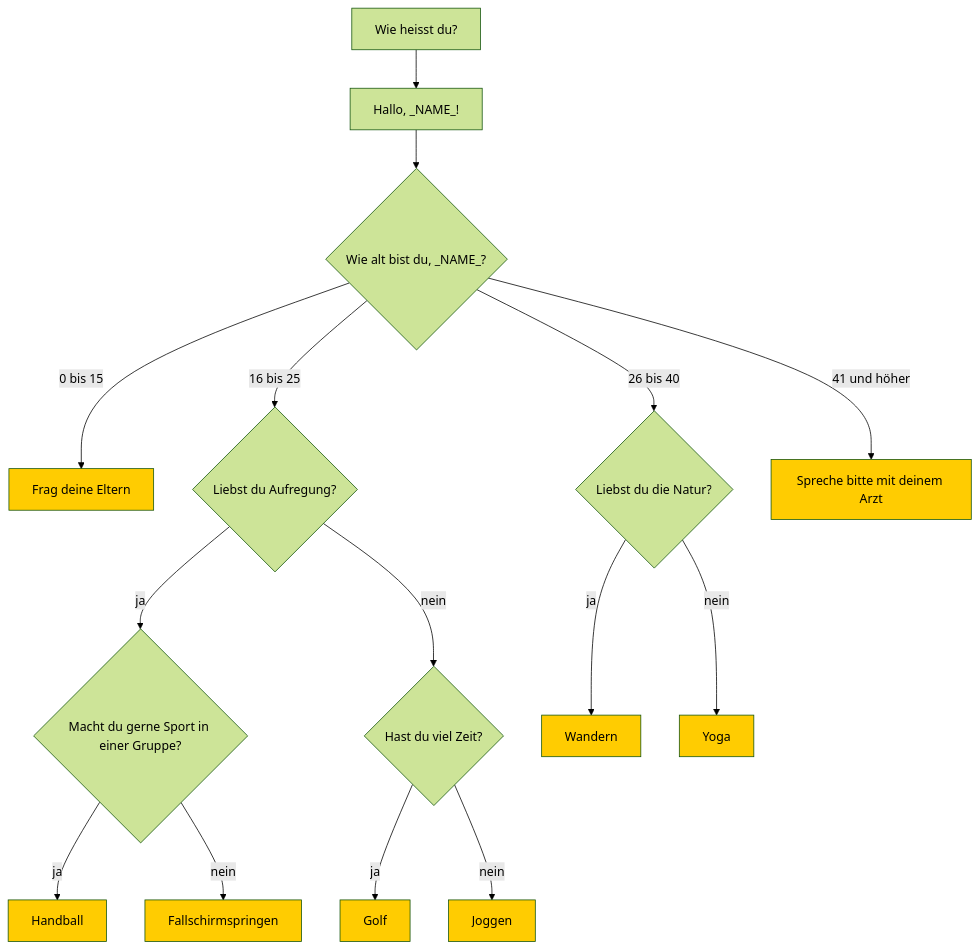
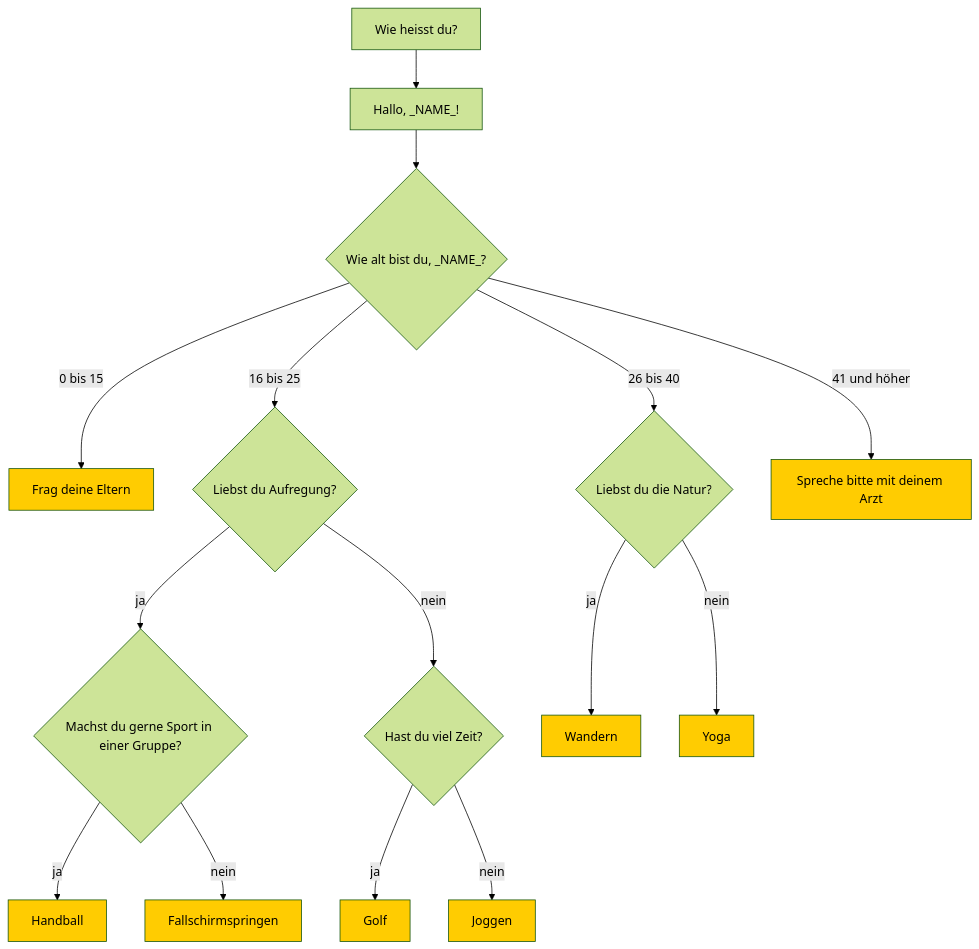
The diagram in submissions/bht_pr1_submission_02/README.md (JaL11/pr1), drawn with Mermaid (forest theme) before and after one commit.

````diff
--- a/submissions/bht_pr1_submission_02/README.md
+++ b/submissions/bht_pr1_submission_02/README.md
@@ -12,30 +12,30 @@
 ```mermaid
 flowchart TD
     Z0[Wie heisst du?] --> Z1[Hallo, _NAME_!] --> A{Wie alt bist du, _NAME_?}
 
     A -- 0 bis 15 --> B[Frag deine Eltern]
     A -- 16 bis 25 --> C{Liebst du Aufregung?}
     A -- 26 bis 40 --> D{Liebst du die Natur?}
     A -- 41 und höher --> E[Spreche bitte mit deinem Arzt]
     
-    C -- ja --> F{Macht du gerne Sport in einer Gruppe?}
+    C -- ja --> F{Machst du gerne Sport in einer Gruppe?}
     C -- nein --> G{Hast du viel Zeit?}
     
     D -- ja --> H[Wandern]
     D -- nein --> I[Yoga]
     
     F -- ja --> J[Handball]
     F -- nein --> K[Fallschirmspringen]
 
     G -- ja --> L[Golf]
     G -- nein --> M[Joggen]
     
     style B fill:#ffcc01
     style E fill:#ffcc01
     style H fill:#ffcc01
     style I fill:#ffcc01
     style J fill:#ffcc01    
     style K fill:#ffcc01        
     style L fill:#ffcc01  
     style M fill:#ffcc01    
 ```
````
